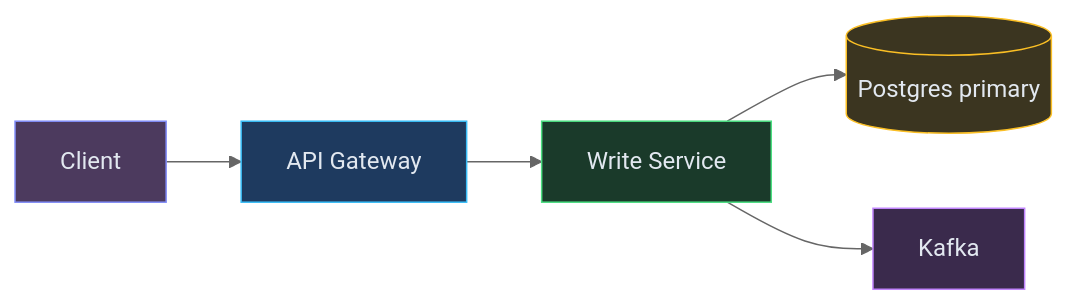
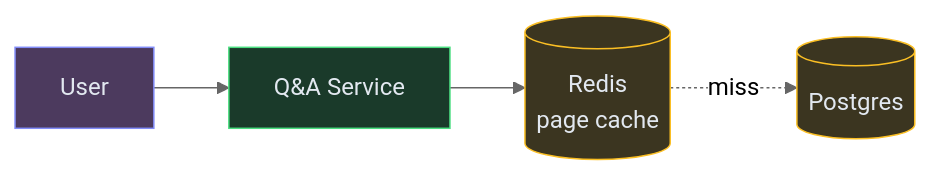
One commit to iluzn/HLD-Designs changed the second of 4 diagrams in content/hld/QAForum.md. Above: the diagram before and after it, drawn with Mermaid (neutral theme). The commit also changed other lines of this file and 8 other files, not shown here.

````diff
--- a/content/hld/QAForum.md
+++ b/content/hld/QAForum.md
@@ -138,19 +99,15 @@
 ```mermaid
 flowchart LR
-    CLIENT["Client"]:::client
-    GW["API Gateway"]:::edge
-    WS["Write Service"]:::service
-    PG[("Postgres primary")]:::data
-    KAFKA["Kafka"]:::async
+    USER["User"]:::client
+    API["Q&A Service"]:::service
+    CACHE[("Redis<br/>page cache")]:::data
+    DB[("Postgres")]:::data
 
-    CLIENT --> GW
-    GW --> WS
-    WS --> PG
-    WS --> KAFKA
+    USER --> API
+    API --> CACHE
+    CACHE -.->|miss| DB
 
     classDef client fill:#4c3a5e,stroke:#818cf8,color:#e2e8f0
-    classDef edge fill:#1e3a5f,stroke:#38bdf8,color:#e2e8f0
     classDef service fill:#1a3a2a,stroke:#4ade80,color:#e2e8f0
     classDef data fill:#3b3520,stroke:#fbbf24,color:#e2e8f0
-    classDef async fill:#3a2a4c,stroke:#c084fc,color:#e2e8f0
 ```
````
